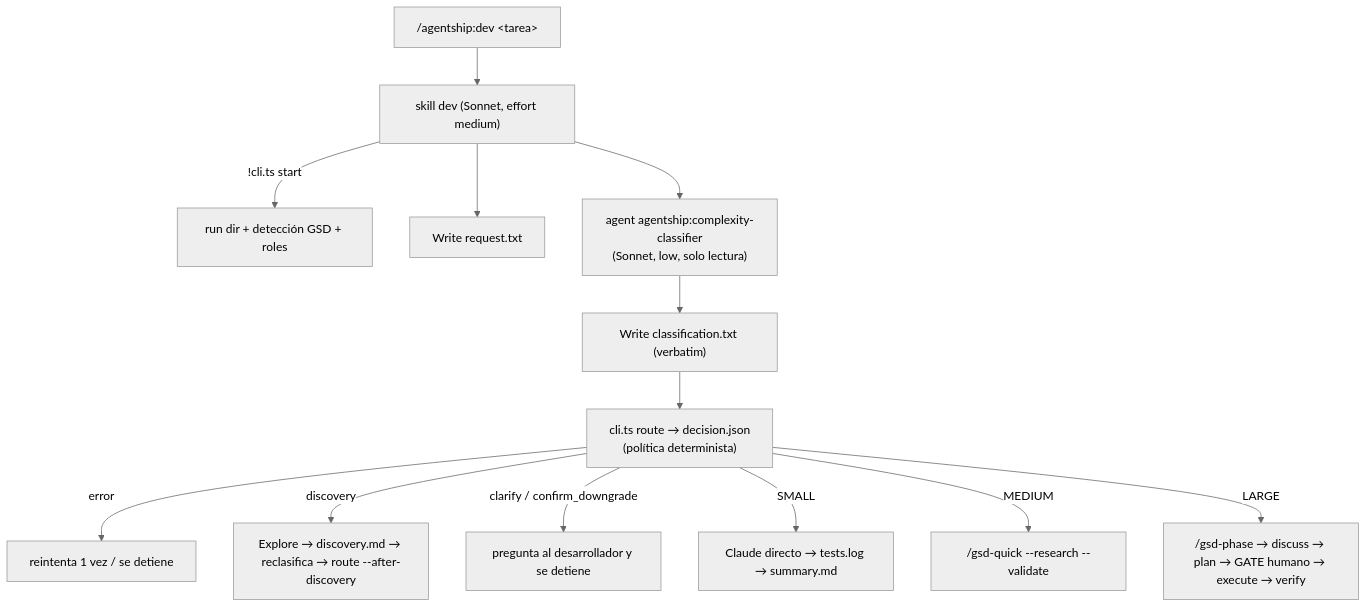
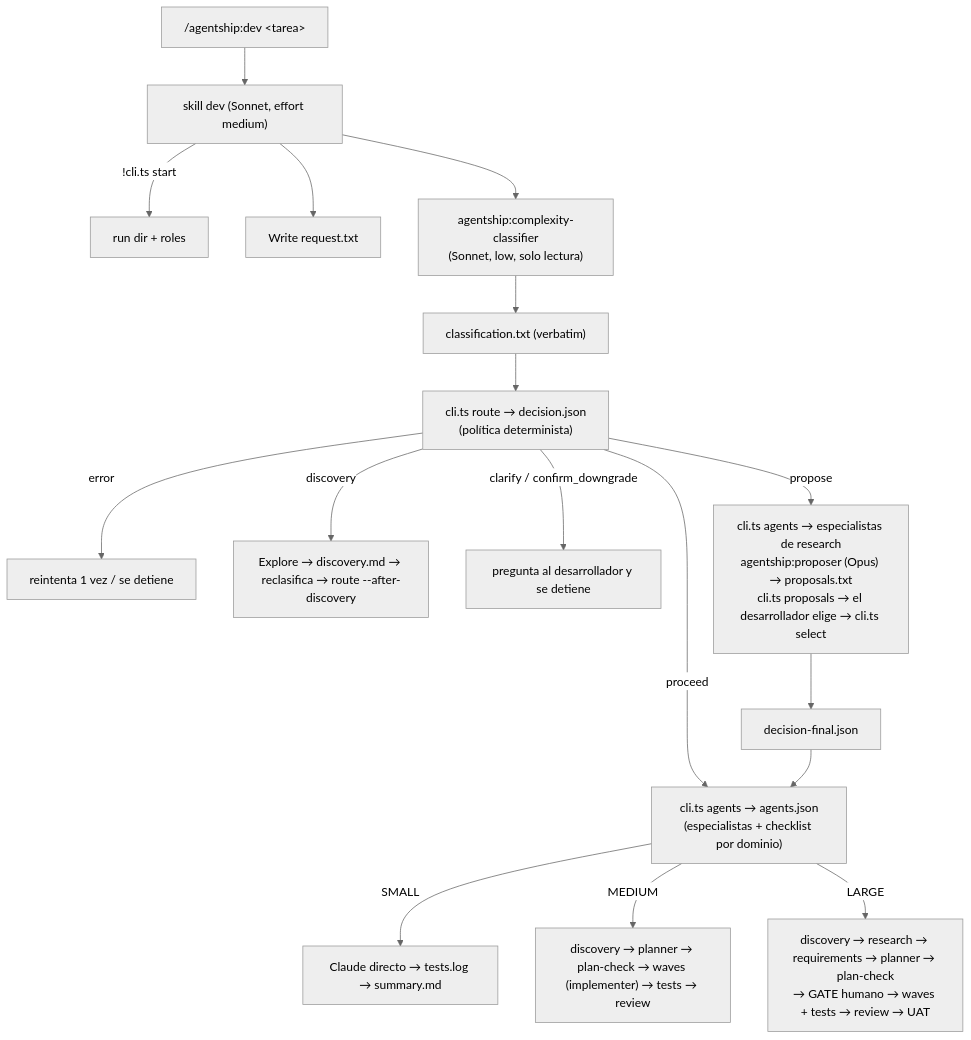
The diagram in docs/architecture.md (dong4to/agentship), drawn with Mermaid (neutral theme) before and after one commit. The commit also changed other lines of this file and 38 other files, not shown here.

First line of the commit message:
feat: proposals phase, native phase engine and domain specialists (H2.7-H2.9)

````diff
--- a/docs/architecture.md
+++ b/docs/architecture.md
@@ -3,15 +3,19 @@
 ```mermaid
 flowchart TD
     U["/agentship:dev &lt;tarea&gt;"] --> S["skill dev (Sonnet, effort medium)"]
-    S -->|"!cli.ts start"| R["run dir + detección GSD + roles"]
+    S -->|"!cli.ts start"| R["run dir + roles"]
     S --> W1["Write request.txt"]
-    S --> C["agent agentship:complexity-classifier<br/>(Sonnet, low, solo lectura)"]
-    C --> W2["Write classification.txt (verbatim)"]
+    S --> C["agentship:complexity-classifier<br/>(Sonnet, low, solo lectura)"]
+    C --> W2["classification.txt (verbatim)"]
     W2 --> P["cli.ts route → decision.json<br/>(política determinista)"]
     P -->|error| E["reintenta 1 vez / se detiene"]
     P -->|discovery| D["Explore → discovery.md → reclasifica → route --after-discovery"]
     P -->|clarify / confirm_downgrade| H["pregunta al desarrollador y se detiene"]
-    P -->|SMALL| SM["Claude directo → tests.log → summary.md"]
-    P -->|MEDIUM| MQ["/gsd-quick --research --validate"]
-    P -->|LARGE| LG["/gsd-phase → discuss → plan → GATE humano → execute → verify"]
+    P -->|propose| PR["cli.ts agents → especialistas de research<br/>agentship:proposer (Opus) → proposals.txt<br/>cli.ts proposals → el desarrollador elige → cli.ts select"]
+    PR --> PD["decision-final.json"]
+    P -->|proceed| AG
+    PD --> AG["cli.ts agents → agents.json<br/>(especialistas + checklist por dominio)"]
+    AG -->|SMALL| SM["Claude directo → tests.log → summary.md"]
+    AG -->|MEDIUM| MQ["discovery → planner → plan-check → waves (implementer) → tests → review"]
+    AG -->|LARGE| LG["discovery → research → requirements → planner → plan-check<br/>→ GATE humano → waves + tests → review → UAT"]
 ```
````
